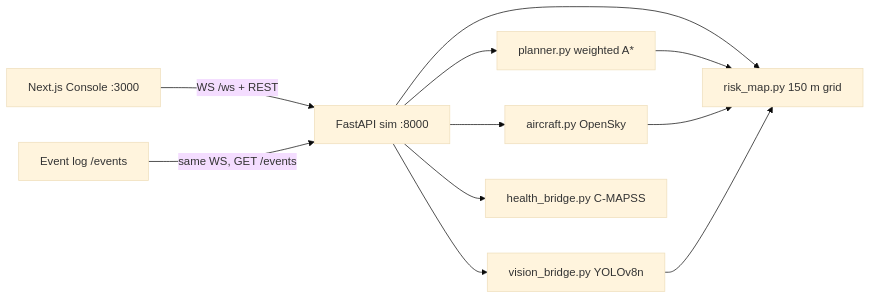
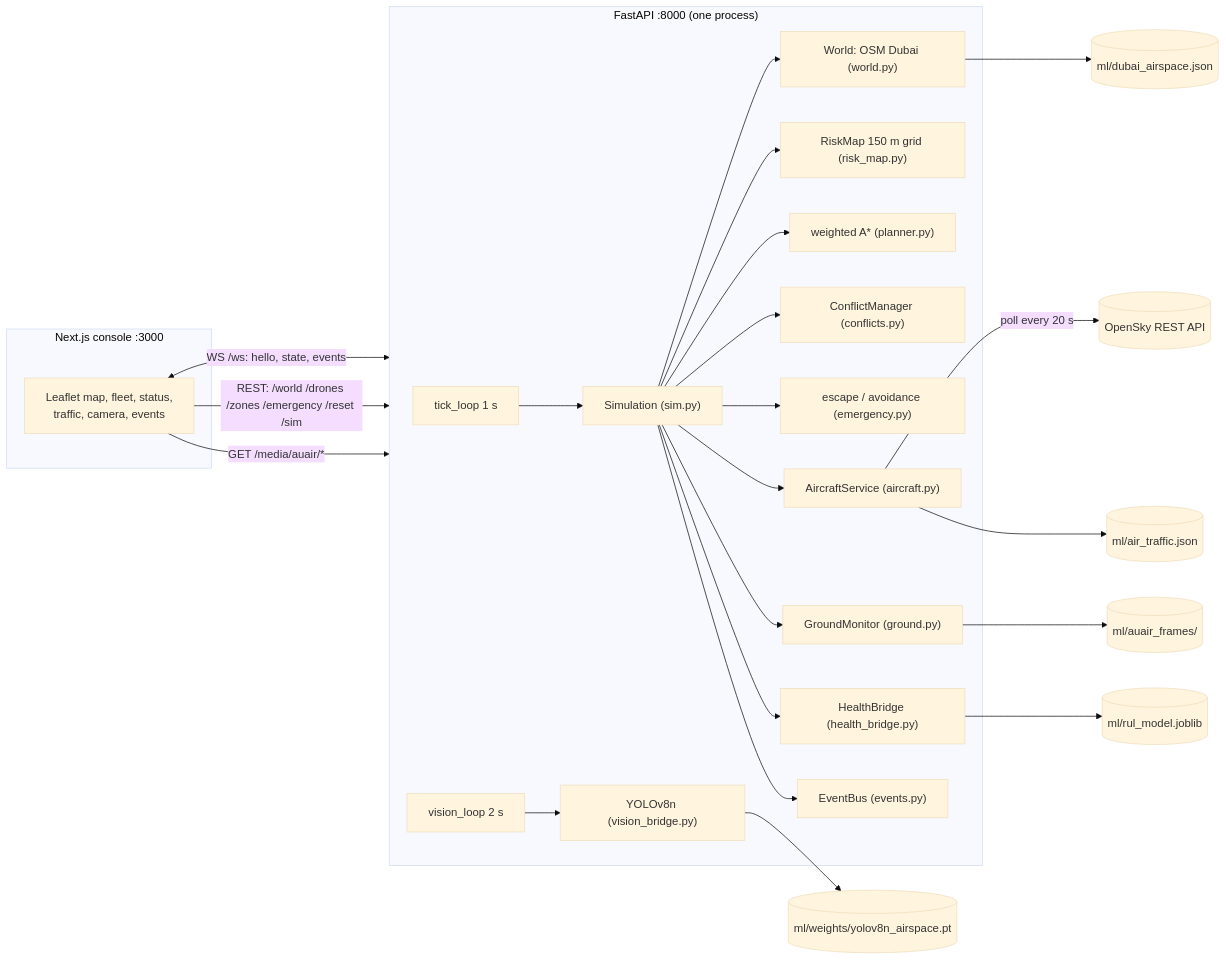
Before and after one commit to joelmathewgeorge/codecortex: the diagram in README.md, drawn with Mermaid (base theme). The commit also changed other lines of this file, not shown here.

First line of the commit message:
Replace the root README with a full technical walkthrough of the console

````diff
--- a/README.md
+++ b/README.md
@@ -31,22 +143,28 @@
 ```mermaid
 flowchart LR
-  Console["Next.js Console :3000"]
-  Events["Event log /events"]
-  API["FastAPI sim :8000"]
-  Plan["planner.py weighted A*"]
-  Risk["risk_map.py 150 m grid"]
-  Sky["aircraft.py OpenSky"]
-  YOLO["vision_bridge.py YOLOv8n"]
-  RUL["health_bridge.py C-MAPSS"]
-
-  Console -->|"WS /ws + REST"| API
-  Events -->|"same WS, GET /events"| API
-  API --> Plan
-  API --> Risk
-  API --> Sky
-  API --> YOLO
-  API --> RUL
-  Plan --> Risk
-  Sky --> Risk
-  YOLO --> Risk
+  subgraph Browser["Next.js console :3000"]
+    UI["Leaflet map, fleet, status,<br/>traffic, camera, events"]
+  end
+  subgraph API["FastAPI :8000 (one process)"]
+    Tick["tick_loop 1 s"] --> Sim["Simulation (sim.py)"]
+    Vision["vision_loop 2 s"] --> Det["YOLOv8n (vision_bridge.py)"]
+    Sim --> World["World: OSM Dubai (world.py)"]
+    Sim --> Risk["RiskMap 150 m grid (risk_map.py)"]
+    Sim --> Planner["weighted A* (planner.py)"]
+    Sim --> Conf["ConflictManager (conflicts.py)"]
+    Sim --> Emer["escape / avoidance (emergency.py)"]
+    Sim --> Air["AircraftService (aircraft.py)"]
+    Sim --> Ground["GroundMonitor (ground.py)"]
+    Sim --> Health["HealthBridge (health_bridge.py)"]
+    Sim --> Events["EventBus (events.py)"]
+  end
+  UI <-->|"WS /ws: hello, state, events"| API
+  UI -->|"REST: /world /drones /zones /emergency /reset /sim"| API
+  UI -->|"GET /media/auair/*"| API
+  Air -->|"poll every 20 s"| OpenSky[("OpenSky REST API")]
+  Air --> Replay[("ml/air_traffic.json")]
+  World --> OSM[("ml/dubai_airspace.json")]
+  Health --> RUL[("ml/rul_model.joblib")]
+  Det --> W[("ml/weights/yolov8n_airspace.pt")]
+  Ground --> Frames[("ml/auair_frames/")]
 ```
````
